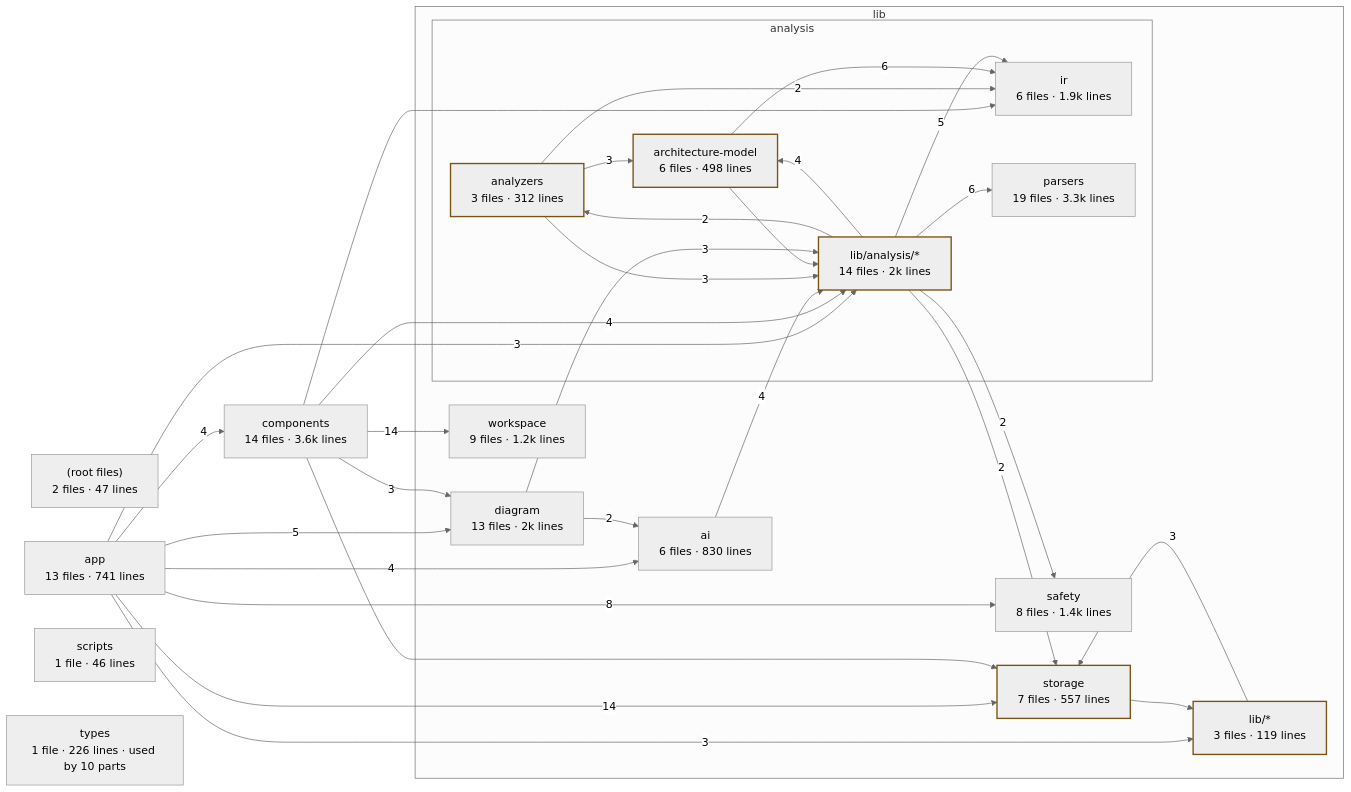
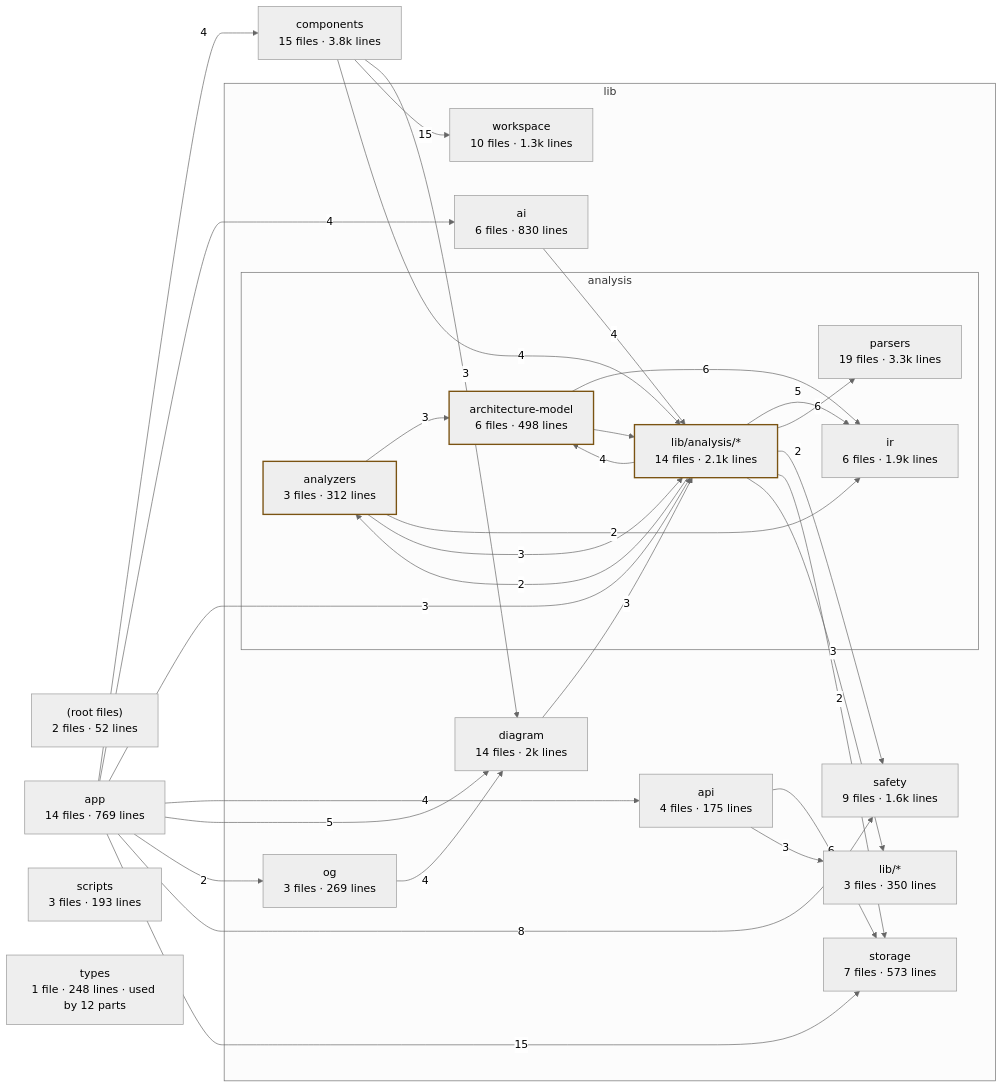
The diagram in public/readme/architecture.mmd (uppalasrichaitanya/Cartograph), drawn with Mermaid (neutral theme) before and after one commit. The commit also changed 6 other files, not shown here.

```diff
--- a/public/readme/architecture.mmd
+++ b/public/readme/architecture.mmd
@@ -1,53 +1,55 @@
-%% Generated by Cartograph from import statements. Analysis 7ac2cbef (2026-09-29).
+%% Generated by Cartograph from import statements. Analysis 5278ee4f (2026-09-30).
 flowchart LR
   subgraph g_lib["lib"]
     subgraph g_lib_analysis["analysis"]
       u_lib_analysis_analyzers["analyzers<br/>3 files · 312 lines"]
       u_lib_analysis_architecture_model["architecture-model<br/>6 files · 498 lines"]
       u_lib_analysis_ir["ir<br/>6 files · 1.9k lines"]
       u_lib_analysis_parsers["parsers<br/>19 files · 3.3k lines"]
-      u_lib_analysis_files["lib/analysis/*<br/>14 files · 2k lines"]
+      u_lib_analysis_files["lib/analysis/*<br/>14 files · 2.1k lines"]
     end
     u_lib_ai["ai<br/>6 files · 830 lines"]
-    u_lib_diagram["diagram<br/>13 files · 2k lines"]
-    u_lib_safety["safety<br/>8 files · 1.4k lines"]
-    u_lib_storage["storage<br/>7 files · 557 lines"]
-    u_lib_workspace["workspace<br/>9 files · 1.2k lines"]
-    u_lib_files["lib/*<br/>3 files · 119 lines"]
+    u_lib_api["api<br/>4 files · 175 lines"]
+    u_lib_diagram["diagram<br/>14 files · 2k lines"]
+    u_lib_og["og<br/>3 files · 269 lines"]
+    u_lib_safety["safety<br/>9 files · 1.6k lines"]
+    u_lib_storage["storage<br/>7 files · 573 lines"]
+    u_lib_workspace["workspace<br/>10 files · 1.3k lines"]
+    u_lib_files["lib/*<br/>3 files · 350 lines"]
   end
-  u__files["(root files)<br/>2 files · 47 lines"]
-  u_app["app<br/>13 files · 741 lines"]
-  u_components["components<br/>14 files · 3.6k lines"]
-  u_scripts["scripts<br/>1 file · 46 lines"]
-  u_types["types<br/>1 file · 226 lines · used by 10 parts"]
+  u__files["(root files)<br/>2 files · 52 lines"]
+  u_app["app<br/>14 files · 769 lines"]
+  u_components["components<br/>15 files · 3.8k lines"]
+  u_scripts["scripts<br/>3 files · 193 lines"]
+  u_types["types<br/>1 file · 248 lines · used by 12 parts"]
   u_app -->|4| u_components
   u_app -->|4| u_lib_ai
   u_app -->|3| u_lib_analysis_files
+  u_app -->|4| u_lib_api
   u_app -->|5| u_lib_diagram
+  u_app -->|2| u_lib_og
   u_app -->|8| u_lib_safety
-  u_app -->|14| u_lib_storage
-  u_app -->|3| u_lib_files
-  u_components --> u_lib_analysis_ir
+  u_app -->|15| u_lib_storage
   u_components -->|4| u_lib_analysis_files
   u_components -->|3| u_lib_diagram
-  u_components --> u_lib_storage
-  u_components -->|14| u_lib_workspace
+  u_components -->|15| u_lib_workspace
   u_lib_ai -->|4| u_lib_analysis_files
   u_lib_analysis_analyzers -->|3| u_lib_analysis_architecture_model
   u_lib_analysis_analyzers -->|2| u_lib_analysis_ir
   u_lib_analysis_analyzers -->|3| u_lib_analysis_files
   u_lib_analysis_architecture_model -->|6| u_lib_analysis_ir
   u_lib_analysis_architecture_model --> u_lib_analysis_files
   u_lib_analysis_files -->|2| u_lib_analysis_analyzers
   u_lib_analysis_files -->|4| u_lib_analysis_architecture_model
   u_lib_analysis_files -->|5| u_lib_analysis_ir
   u_lib_analysis_files -->|6| u_lib_analysis_parsers
   u_lib_analysis_files -->|2| u_lib_safety
   u_lib_analysis_files -->|2| u_lib_storage
-  u_lib_diagram -->|2| u_lib_ai
+  u_lib_analysis_files -->|3| u_lib_files
+  u_lib_api -->|6| u_lib_storage
+  u_lib_api -->|3| u_lib_files
   u_lib_diagram -->|3| u_lib_analysis_files
-  u_lib_storage --> u_lib_files
-  u_lib_files -->|3| u_lib_storage
+  u_lib_og -->|4| u_lib_diagram
   classDef cycle stroke:#7A5312,stroke-width:2px
   classDef unresolved stroke-dasharray:4 4
-  class u_lib_analysis_analyzers,u_lib_analysis_architecture_model,u_lib_analysis_files,u_lib_storage,u_lib_files cycle
+  class u_lib_analysis_analyzers,u_lib_analysis_architecture_model,u_lib_analysis_files cycle
```
